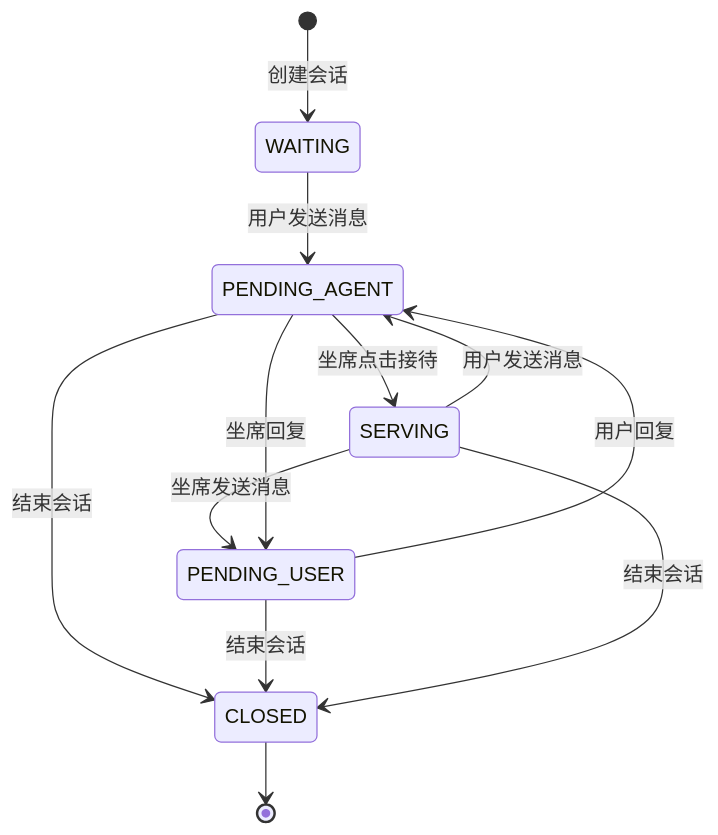
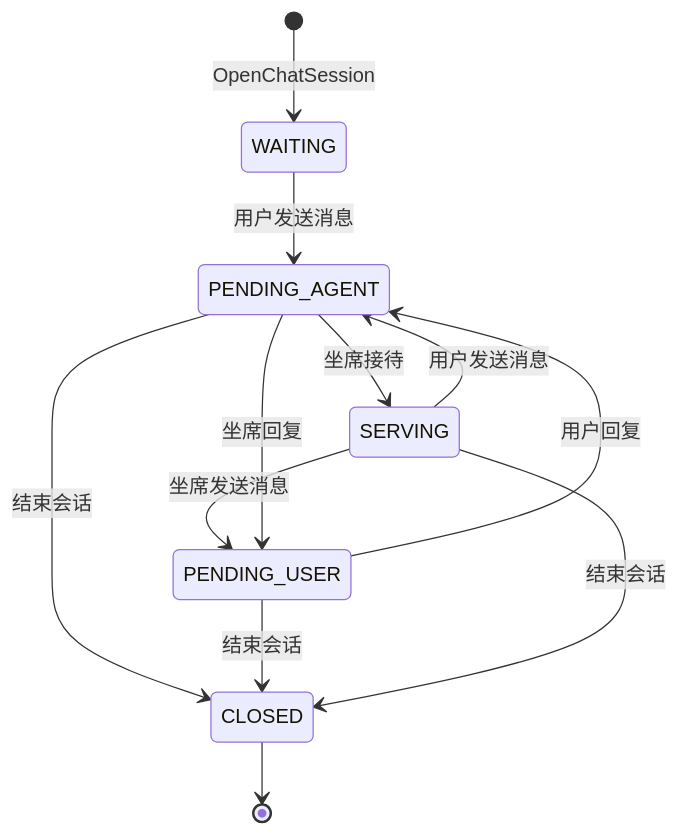
The fourth of 4 diagrams in services/chat/CHAT_FLOW.md (colbort/wklive), drawn with Mermaid before and after one commit. The commit also changed other lines of this file and 4 other files, not shown here.

````diff
--- a/services/chat/CHAT_FLOW.md
+++ b/services/chat/CHAT_FLOW.md
@@ -211,14 +208,14 @@
 ```mermaid
 stateDiagram-v2
-    [*] --> WAITING: 创建会话
+    [*] --> WAITING: OpenChatSession
     WAITING --> PENDING_AGENT: 用户发送消息
-    PENDING_AGENT --> SERVING: 坐席点击接待
+    PENDING_AGENT --> SERVING: 坐席接待
     SERVING --> PENDING_AGENT: 用户发送消息
     SERVING --> PENDING_USER: 坐席发送消息
     PENDING_USER --> PENDING_AGENT: 用户回复
     PENDING_AGENT --> PENDING_USER: 坐席回复
     PENDING_AGENT --> CLOSED: 结束会话
     PENDING_USER --> CLOSED: 结束会话
     SERVING --> CLOSED: 结束会话
     CLOSED --> [*]
 ```
````
